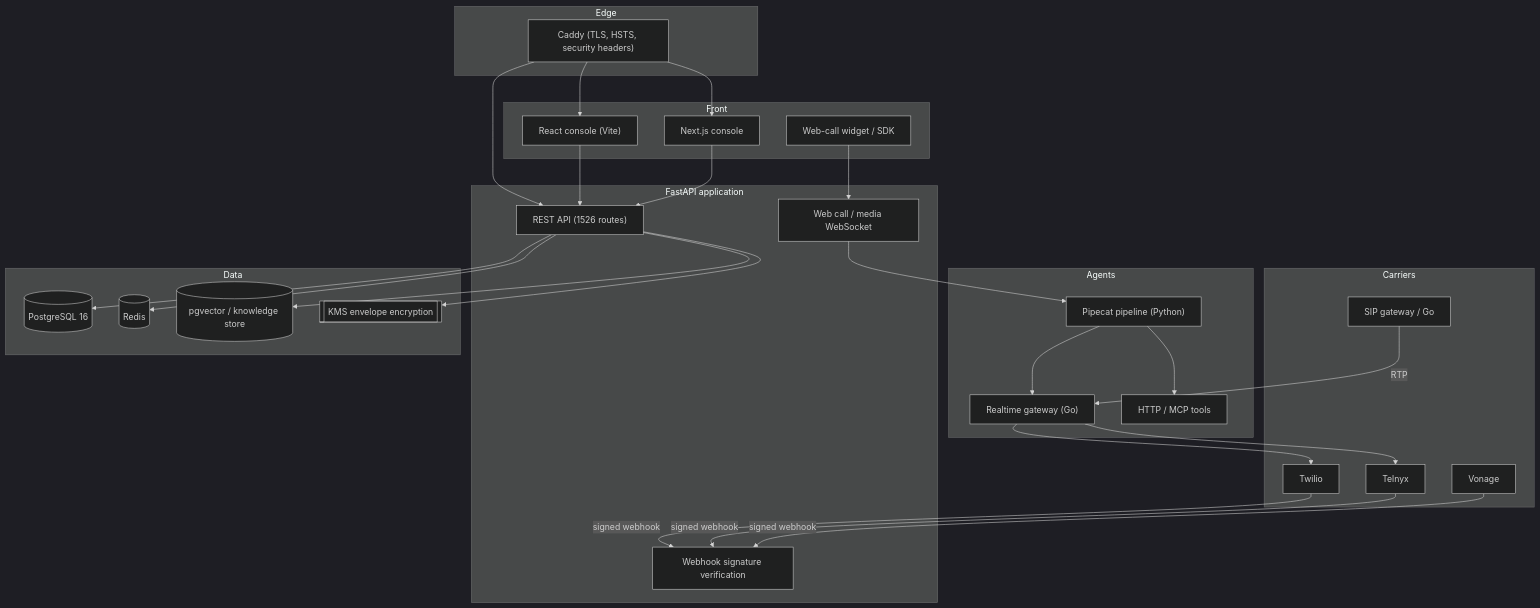
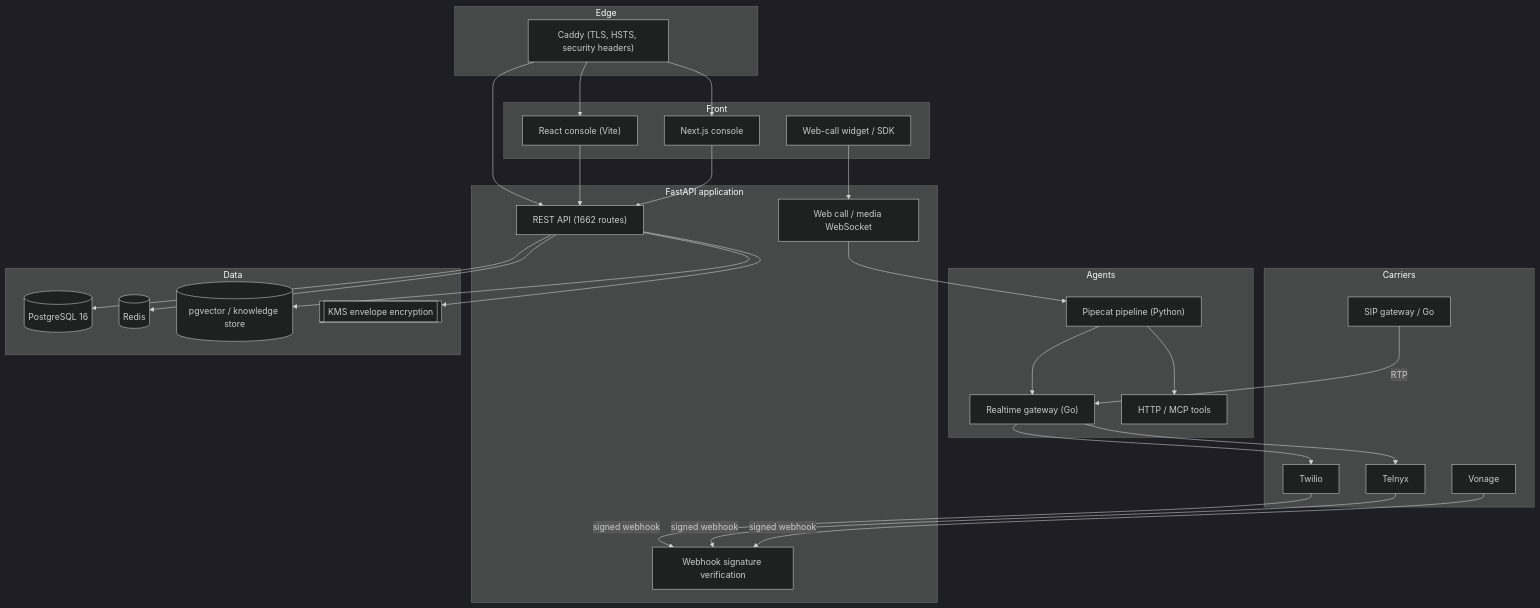
One commit to Ainul-550Islam/voxdesk-call-ainul-islam changed the diagram in voxdesk-call/README.md. Above: the diagram before and after it, drawn with Mermaid (dark theme). The commit also changed other lines of this file and 979 other files, not shown here.

````diff
--- a/voxdesk-call/README.md
+++ b/voxdesk-call/README.md
@@ -13,53 +13,53 @@
 ```mermaid
 flowchart TB
     subgraph Edge
         Caddy["Caddy (TLS, HSTS, security headers)"]
     end
     subgraph Carriers
         Twilio[Twilio]
         Telnyx[Telnyx]
         Vonage[Vonage]
         SIP[SIP gateway / Go]
     end
     subgraph App["FastAPI application"]
-        API["REST API (1526 routes)"]
+        API["REST API (1662 routes)"]
         WS["Web call / media WebSocket"]
         Wh[Webhook signature verification]
     end
     subgraph Agents
         Pipe["Pipecat pipeline (Python)"]
         RT["Realtime gateway (Go)"]
         Tools["HTTP / MCP tools"]
     end
     subgraph Data
         PG[("PostgreSQL 16")]
         Redis[("Redis")]
         Vec[("pgvector / knowledge store")]
         KMS[["KMS envelope encryption"]]
     end
     subgraph Front
         Dash["React console (Vite)"]
         Next["Next.js console"]
         Widget["Web-call widget / SDK"]
     end
 
     Twilio -->|signed webhook| Wh
     Telnyx -->|signed webhook| Wh
     Vonage -->|signed webhook| Wh
     SIP -->|RTP| RT
     Caddy --> API
     Caddy --> Dash
     Caddy --> Next
     Widget --> WS
     WS --> Pipe
     API --> PG
     API --> Redis
     API --> Vec
     API --> KMS
     Pipe --> Tools
     Pipe --> RT
     RT --> Twilio
     RT --> Telnyx
     Dash --> API
     Next --> API
 ```
````
